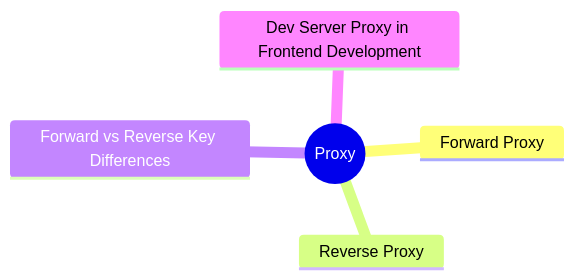
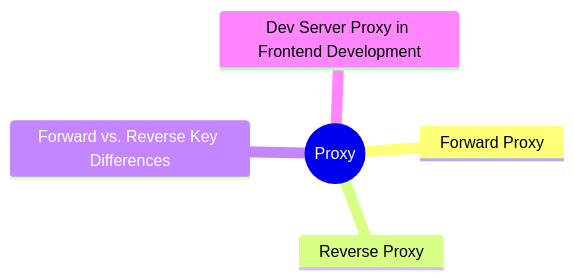
Before and after one commit to Charmying/blog: the first of 5 diagrams in src/posts/en/web-proxy.mdx, drawn with Mermaid. The commit also changed other lines of this file and 41 other files, not shown here.

````diff
--- a/src/posts/en/web-proxy.mdx
+++ b/src/posts/en/web-proxy.mdx
@@ -17,8 +17,8 @@
 ```mermaid
 mindmap
   	root((Proxy))
     	Forward Proxy
     	Reverse Proxy
-    	Forward vs Reverse Key Differences
+    	Forward vs. Reverse Key Differences
     	Dev Server Proxy in Frontend Development
 ```
````
